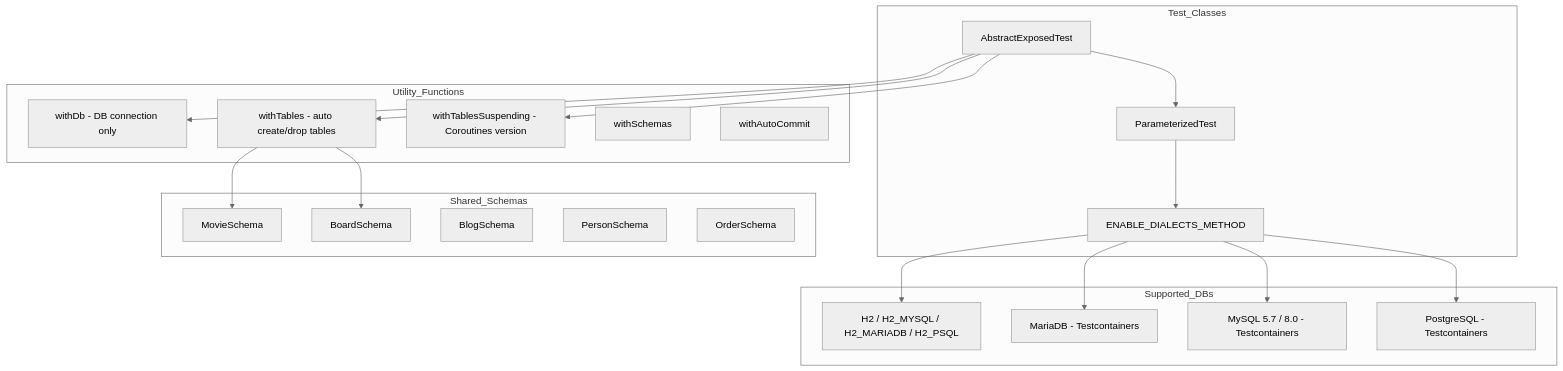
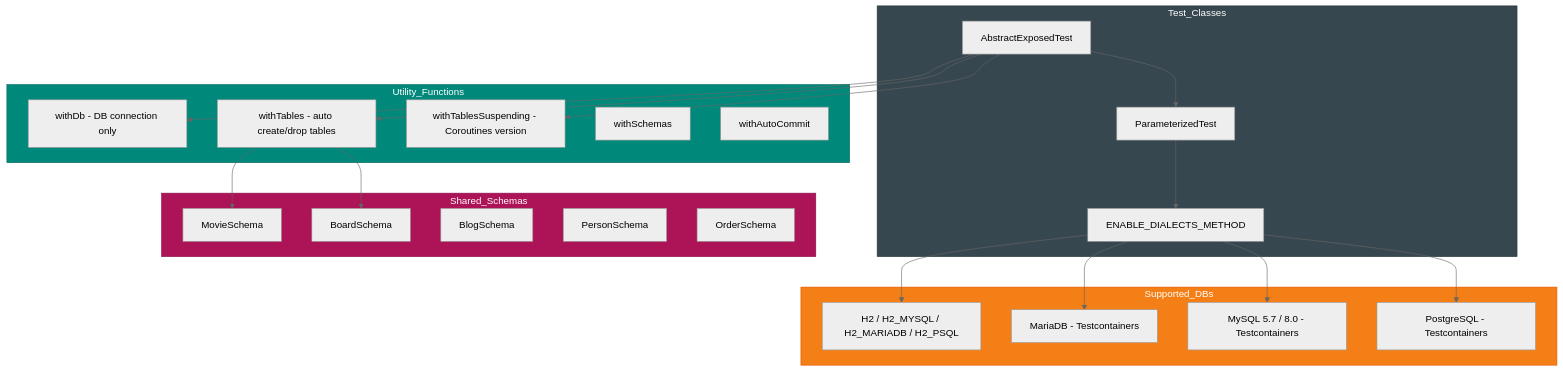
The first of 2 diagrams in data/exposed-jdbc-tests/README.md (bluetape4k/bluetape4k-projects), drawn with Mermaid (neutral theme) before and after one commit. The commit also changed other lines of this file and 221 other files, not shown here.

First line of the commit message:
docs: 전체 모듈 README UML 다이어그램 보강 및 색상 업그레이드

````diff
--- a/data/exposed-jdbc-tests/README.md
+++ b/data/exposed-jdbc-tests/README.md
@@ -289,42 +289,52 @@
 ```mermaid
 flowchart TD
     subgraph Test_Classes
         A[AbstractExposedTest] --> B[ParameterizedTest]
         B --> C[ENABLE_DIALECTS_METHOD]
     end
 
     subgraph Supported_DBs
         D[H2 / H2_MYSQL / H2_MARIADB / H2_PSQL]
         E[MariaDB - Testcontainers]
         F[MySQL 5.7 / 8.0 - Testcontainers]
         G[PostgreSQL - Testcontainers]
     end
 
     subgraph Utility_Functions
         H[withDb - DB connection only]
         I[withTables - auto create/drop tables]
         J[withTablesSuspending - Coroutines version]
         K[withSchemas]
         L[withAutoCommit]
     end
 
     C --> D
     C --> E
     C --> F
     C --> G
 
     A --> H
     A --> I
     A --> J
 
     subgraph Shared_Schemas
         M[MovieSchema]
         N[BoardSchema]
         O[BlogSchema]
         P[PersonSchema]
         Q[OrderSchema]
     end
 
     I --> M
     I --> N
+
+    classDef testStyle fill:#37474F,stroke:#263238,color:#FFFFFF
+    classDef dbStyle fill:#F57F17,stroke:#E65100,color:#FFFFFF
+    classDef utilStyle fill:#00897B,stroke:#00695C,color:#FFFFFF
+    classDef schemaStyle fill:#AD1457,stroke:#880E4F,color:#FFFFFF
+
+    class Test_Classes testStyle
+    class Supported_DBs dbStyle
+    class Utility_Functions utilStyle
+    class Shared_Schemas schemaStyle
 ```
````
